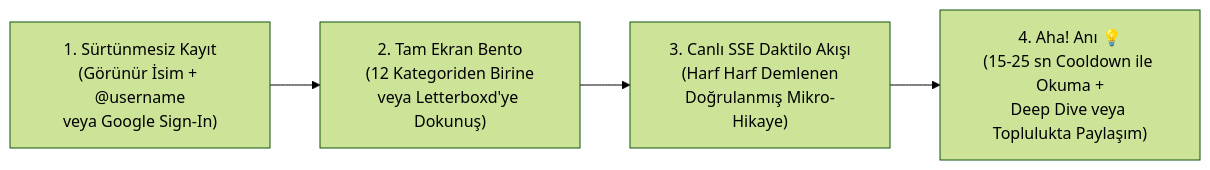
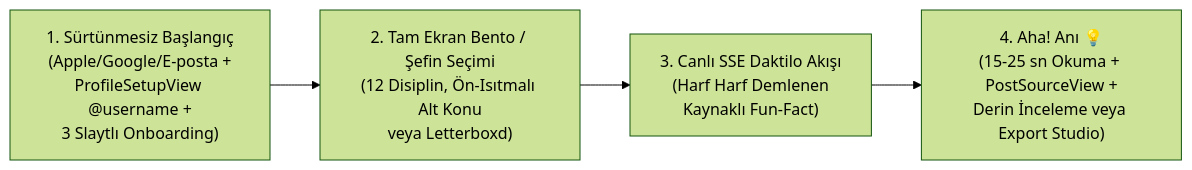
Before and after one commit to kuzeysinay/omakase: the first of 2 diagrams in docs/urun_analizi_ve_pazarlama.md, drawn with Mermaid (forest theme). The commit also changed other lines of this file and 6 other files, not shown here.

````diff
--- a/docs/urun_analizi_ve_pazarlama.md
+++ b/docs/urun_analizi_ve_pazarlama.md
@@ -42,6 +42,6 @@
 ```mermaid
 flowchart LR
-    A["1. Sürtünmesiz Kayıt<br/>(Görünür İsim + @username<br/>veya Google Sign-In)"] --> B["2. Tam Ekran Bento<br/>(12 Kategoriden Birine<br/>veya Letterboxd'ye Dokunuş)"]
-    B --> C["3. Canlı SSE Daktilo Akışı<br/>(Harf Harf Demlenen<br/>Doğrulanmış Mikro-Hikaye)"]
-    C --> D["4. Aha! Anı 💡<br/>(15-25 sn Cooldown ile Okuma +<br/>Deep Dive veya Toplulukta Paylaşım)"]
+    A["1. Sürtünmesiz Başlangıç<br/>(Apple/Google/E-posta +<br/>ProfileSetupView @username +<br/>3 Slaytlı Onboarding)"] --> B["2. Tam Ekran Bento / Şefin Seçimi<br/>(12 Disiplin, Ön-Isıtmalı Alt Konu<br/>veya Letterboxd)"]
+    B --> C["3. Canlı SSE Daktilo Akışı<br/>(Harf Harf Demlenen<br/>Kaynaklı Fun-Fact)"]
+    C --> D["4. Aha! Anı 💡<br/>(15-25 sn Okuma + PostSourceView +<br/>Derin İnceleme veya Export Studio)"]
 ```
````
